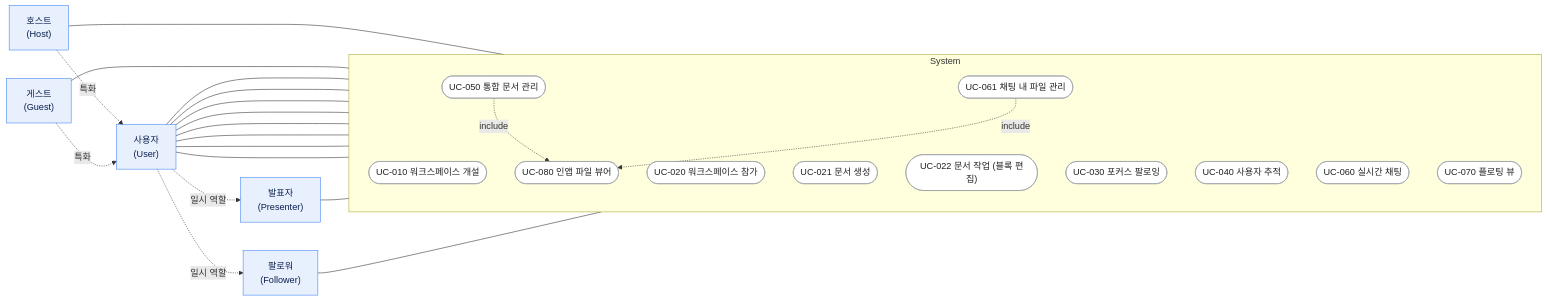
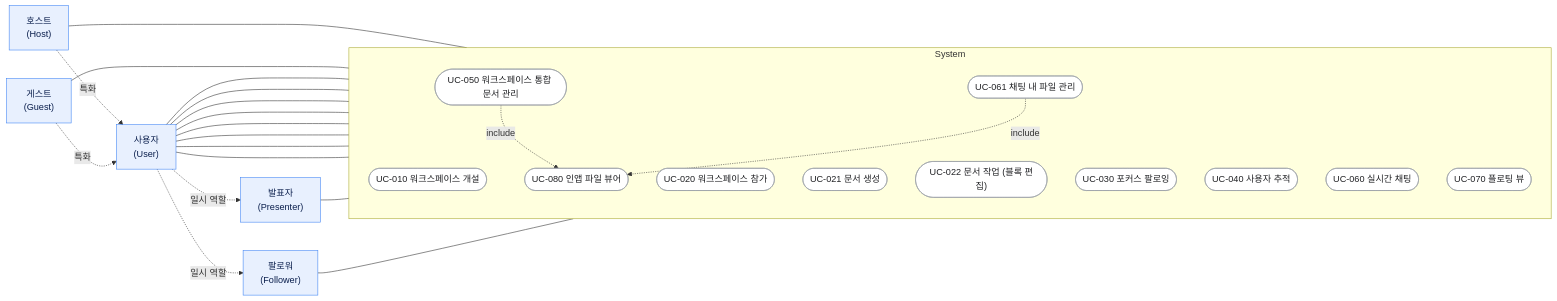
The second of 2 diagrams in docs/SRS-ko.md (CBNU-TeamH/RMF-Block), drawn with Mermaid before and after one commit. The commit also changed other lines of this file, not shown here.

````diff
--- a/docs/SRS-ko.md
+++ b/docs/SRS-ko.md
@@ -367,52 +359,52 @@
 ```mermaid
 flowchart LR
   %% ===== 액터 =====
   User["사용자<br>(User)"]:::actor
   Host["호스트<br>(Host)"]:::actor
   Guest["게스트<br>(Guest)"]:::actor
   Presenter["발표자<br>(Presenter)"]:::actor
   Follower["팔로워<br>(Follower)"]:::actor
 
   %% 액터 일반화(특화) / 일시 역할
   Host -. 특화 .-> User
   Guest -. 특화 .-> User
   User -. 일시 역할 .-> Presenter
   User -. 일시 역할 .-> Follower
 
   %% ===== 시스템 경계 =====
   subgraph SYS["System"]
     direction TB
     UC010(["UC-010 워크스페이스 개설"]):::uc
     UC020(["UC-020 워크스페이스 참가"]):::uc
     UC021(["UC-021 문서 생성"]):::uc
     UC022(["UC-022 문서 작업 (블록 편집)"]):::uc
     UC030(["UC-030 포커스 팔로잉"]):::uc
     UC040(["UC-040 사용자 추적"]):::uc
-    UC050(["UC-050 통합 문서 관리"]):::uc
+    UC050(["UC-050 워크스페이스 통합 문서 관리"]):::uc
     UC060(["UC-060 실시간 채팅"]):::uc
     UC061(["UC-061 채팅 내 파일 관리"]):::uc
     UC070(["UC-070 플로팅 뷰"]):::uc
     UC080(["UC-080 인앱 파일 뷰어"]):::uc
   end
 
   %% ===== 액터-유즈케이스 연관 =====
   Host --- UC010
   Guest --- UC020
   User --- UC021
   User --- UC022
   User --- UC040
   User --- UC050
   User --- UC060
   User --- UC061
   User --- UC070
   User --- UC080
   Presenter --- UC030
   Follower --- UC030
 
   %% ===== include =====
   UC050 -. include .-> UC080
   UC061 -. include .-> UC080
 
   classDef actor fill:#e8f0fe,stroke:#4285f4,stroke-width:1px,color:#0b1f4d;
   classDef uc fill:#ffffff,stroke:#9aa0a6,stroke-width:1px,color:#202124;
 ```
````
